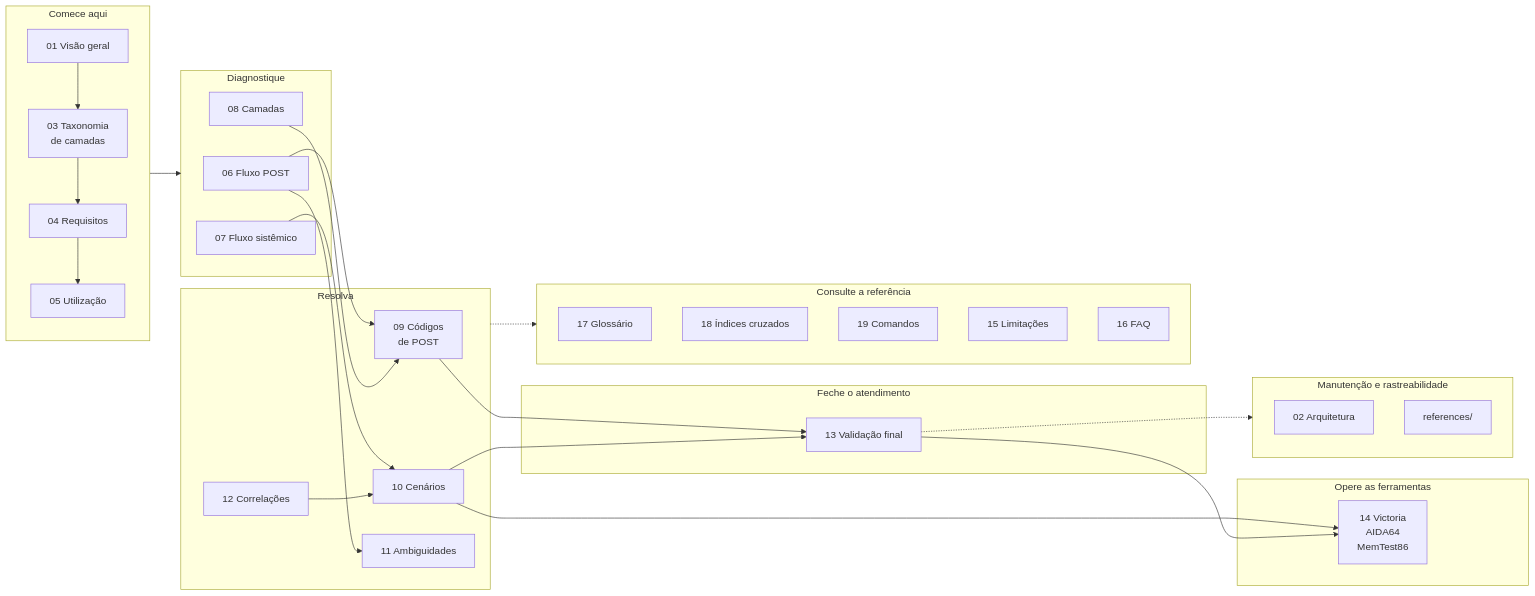
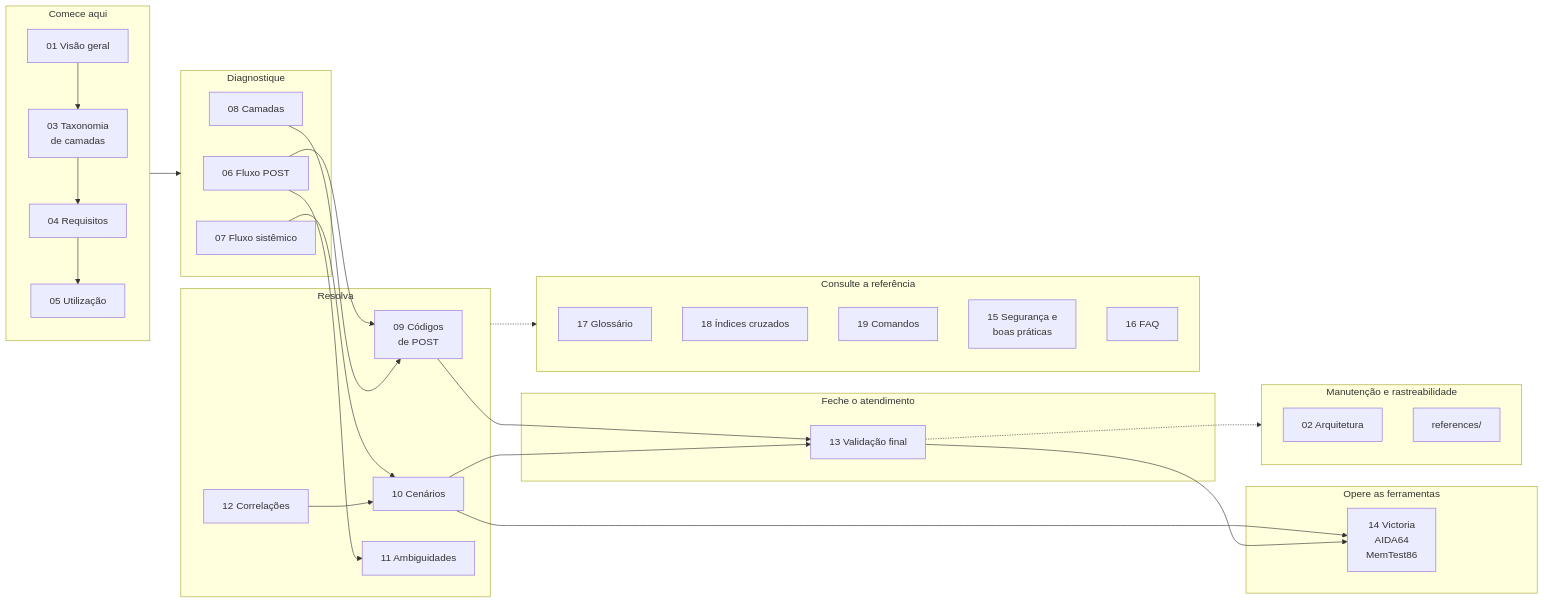
The diagram in docs/00-indice.md (edsilas/base-diagnostico-hardware), drawn with Mermaid before and after one commit. The commit also changed other lines of this file and 52 other files, not shown here.

````diff
--- a/docs/00-indice.md
+++ b/docs/00-indice.md
@@ -45,47 +45,47 @@
 ```mermaid
 flowchart LR
     subgraph EN["Comece aqui"]
         A1["01 Visão geral"] --> A2["03 Taxonomia<br/>de camadas"] --> A3["04 Requisitos"] --> A4["05 Utilização"]
     end
     subgraph DI["Diagnostique"]
         B1["06 Fluxo POST"]
         B2["07 Fluxo sistêmico"]
         B3["08 Camadas"]
     end
     subgraph RE["Resolva"]
         C1["09 Códigos<br/>de POST"]
         C2["10 Cenários"]
         C3["11 Ambiguidades"]
         C4["12 Correlações"]
     end
     subgraph FE["Feche o atendimento"]
         D1["13 Validação final"]
     end
     subgraph FR["Opere as ferramentas"]
         E1["14 Victoria<br/>AIDA64<br/>MemTest86"]
     end
     subgraph RF["Consulte a referência"]
         F1["17 Glossário"]
         F2["18 Índices cruzados"]
         F3["19 Comandos"]
-        F4["15 Limitações"]
+        F4["15 Segurança e<br/>boas práticas"]
         F5["16 FAQ"]
     end
     subgraph MA["Manutenção e rastreabilidade"]
         G1["02 Arquitetura"]
         G2["references/"]
     end
 
     EN --> DI
     B1 --> C1
     B1 --> C3
     B2 --> C2
     B3 --> C1
     C1 --> D1
     C2 --> D1
     C4 --> C2
     C2 --> E1
     D1 --> E1
     RE -.-> RF
     D1 -.-> MA
 ```
````
